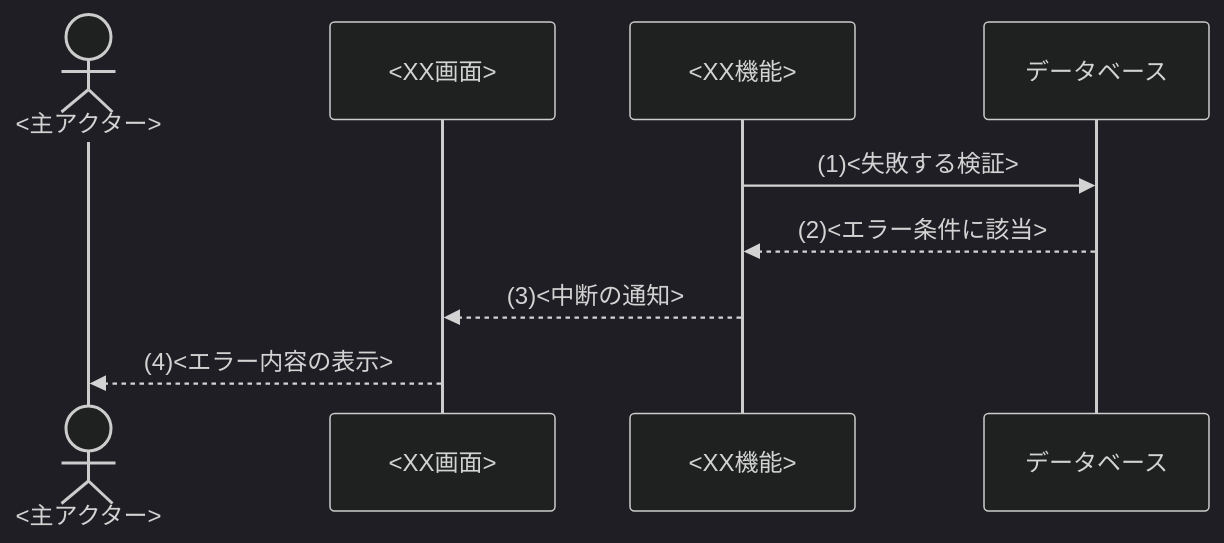
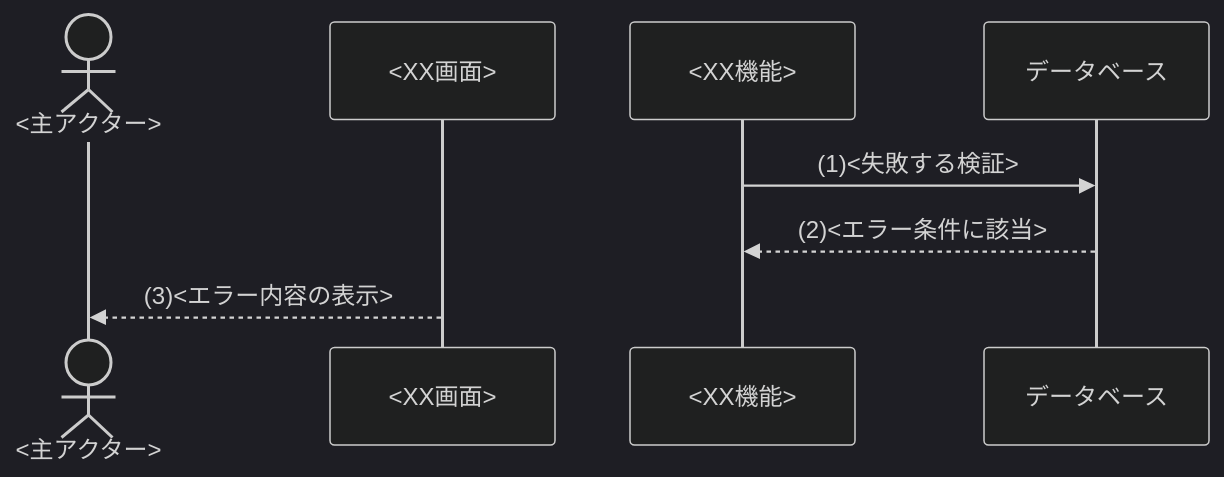
Before and after one commit to sikakou54/system-document-template: the third of 4 diagrams in テンプレート/02_機能要件.md, drawn with Mermaid (dark theme). The commit also changed other lines of this file and 4 other files, not shown here.

````diff
--- a/テンプレート/02_機能要件.md
+++ b/テンプレート/02_機能要件.md
@@ -202,11 +200,10 @@
 ```mermaid
 sequenceDiagram
     actor U as <主アクター>
     participant SCR as <XX画面>
     participant FUNC as <XX機能>
     participant DB as データベース
     FUNC->>DB: (1)<失敗する検証>
     DB-->>FUNC: (2)<エラー条件に該当>
-    FUNC-->>SCR: (3)<中断の通知>
-    SCR-->>U: (4)<エラー内容の表示>
+    SCR-->>U: (3)<エラー内容の表示>
 ```
````
